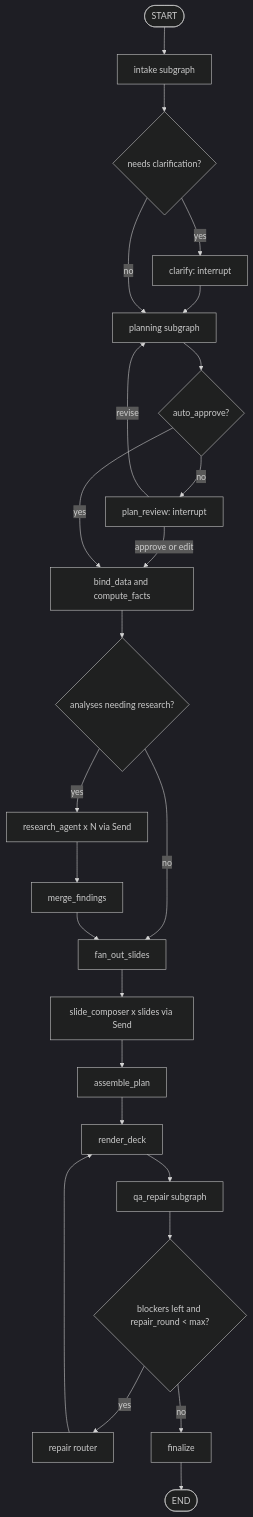
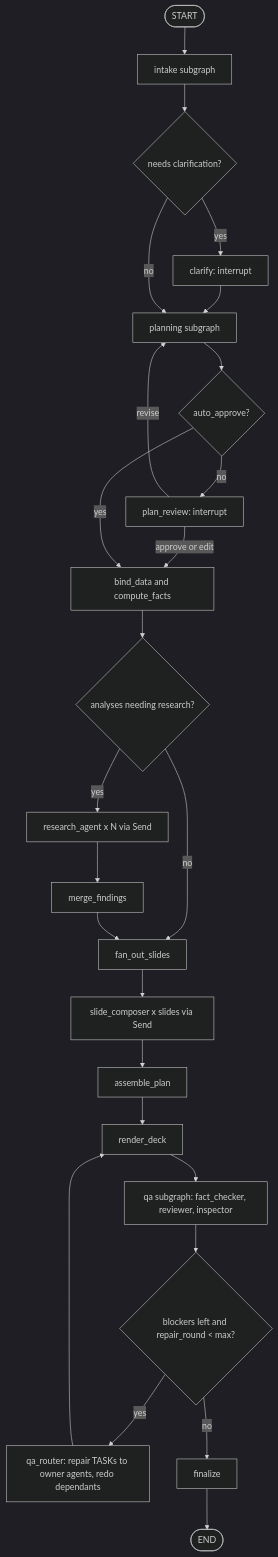
The first of 3 diagrams in docs/build/06_orchestration_langgraph.md (biswajoy-iitgn/presentation_maker), drawn with Mermaid (dark theme) before and after one commit. The commit also changed other lines of this file and 27 other files, not shown here.

First line of the commit message:
Extend build plan: open model training, agents, protocol, KB, inspector

````diff
--- a/docs/build/06_orchestration_langgraph.md
+++ b/docs/build/06_orchestration_langgraph.md
@@ -126,27 +135,27 @@
 ```mermaid
 flowchart TD
   S([START]) --> INTAKE[intake subgraph]
   INTAKE --> NEEDQ{needs clarification?}
   NEEDQ -- yes --> CLARIFY[clarify: interrupt]
   CLARIFY --> PLANNING
   NEEDQ -- no --> PLANNING[planning subgraph]
   PLANNING --> REVIEW{auto_approve?}
   REVIEW -- no --> PLANREVIEW[plan_review: interrupt]
   PLANREVIEW -- revise --> PLANNING
   PLANREVIEW -- approve or edit --> GROUND
   REVIEW -- yes --> GROUND[bind_data and compute_facts]
   GROUND --> RESQ{analyses needing research?}
   RESQ -- yes --> RESEARCH[research_agent x N via Send]
   RESEARCH --> MERGE[merge_findings]
   RESQ -- no --> FANOUT
   MERGE --> FANOUT[fan_out_slides]
   FANOUT --> COMPOSE[slide_composer x slides via Send]
   COMPOSE --> ASSEMBLE[assemble_plan]
   ASSEMBLE --> RENDER[render_deck]
-  RENDER --> QA[qa_repair subgraph]
+  RENDER --> QA[qa subgraph: fact_checker, reviewer, inspector]
   QA --> FIX{blockers left and repair_round < max?}
-  FIX -- yes --> REPAIR[repair router]
+  FIX -- yes --> REPAIR[qa_router: repair TASKs to owner agents, redo dependants]
   REPAIR --> RENDER
   FIX -- no --> FINAL[finalize]
   FINAL --> E([END])
 ```
````
